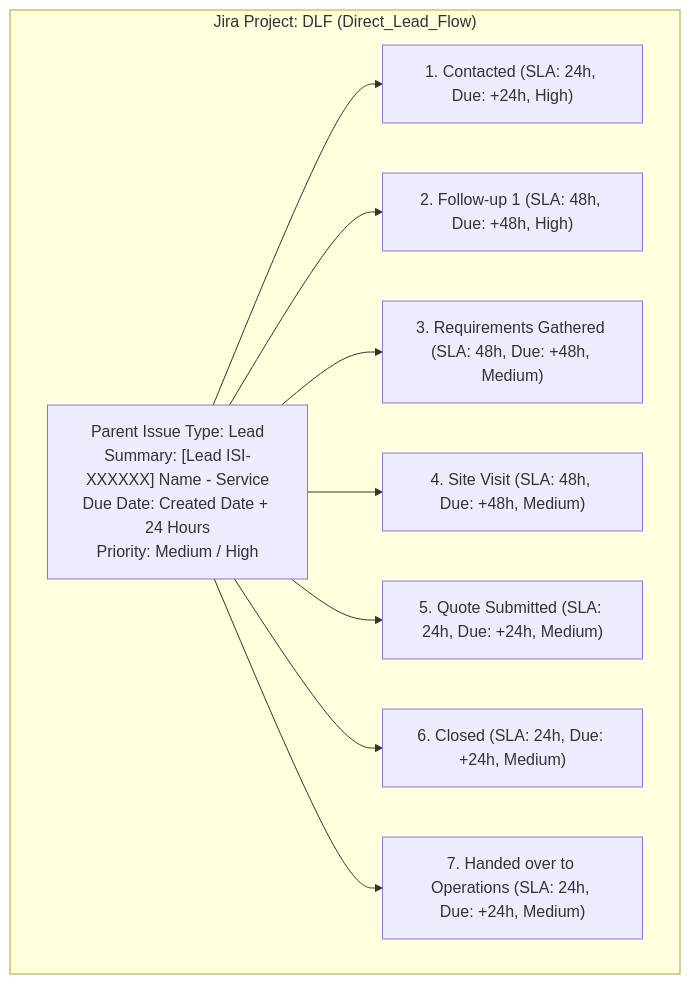
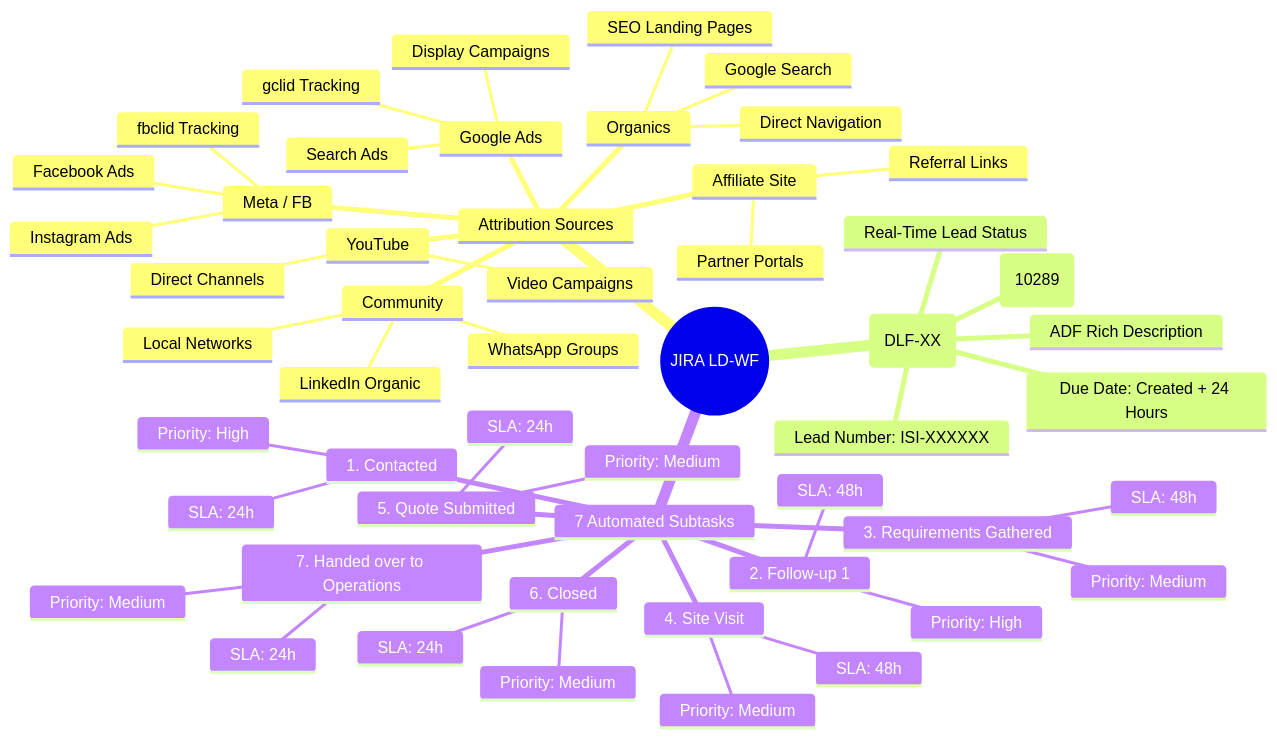
One commit to poojasriaram/ISI-V2 changed the second of 3 diagrams in ISI_LEAD_ARCHITECTURE_AND_FORM_DOCUMENTATION.md. Above: the diagram before and after it, drawn with Mermaid. The commit also changed other lines of this file, not shown here.

Commit message:
docs: add Mermaid architecture diagrams and master tables for Jira LD-WF workflow, attribution sources, and Google Sheets schema

````diff
--- a/ISI_LEAD_ARCHITECTURE_AND_FORM_DOCUMENTATION.md
+++ b/ISI_LEAD_ARCHITECTURE_AND_FORM_DOCUMENTATION.md
@@ -34,22 +95,55 @@
 ```mermaid
-graph TD
-    subgraph Jira_Project_DLF["Jira Project: DLF (Direct_Lead_Flow)"]
-        Parent["Parent Issue Type: Lead<br>Summary: [Lead ISI-XXXXXX] Name - Service<br>Due Date: Created Date + 24 Hours<br>Priority: Medium / High"]
-        
-        S1["1. Contacted (SLA: 24h, Due: +24h, High)"]
-        S2["2. Follow-up 1 (SLA: 48h, Due: +48h, High)"]
-        S3["3. Requirements Gathered (SLA: 48h, Due: +48h, Medium)"]
-        S4["4. Site Visit (SLA: 48h, Due: +48h, Medium)"]
-        S5["5. Quote Submitted (SLA: 24h, Due: +24h, Medium)"]
-        S6["6. Closed (SLA: 24h, Due: +24h, Medium)"]
-        S7["7. Handed over to Operations (SLA: 24h, Due: +24h, Medium)"]
-        
-        Parent --> S1
-        Parent --> S2
-        Parent --> S3
-        Parent --> S4
-        Parent --> S5
-        Parent --> S6
-        Parent --> S7
-    end
+mindmap
+  root((JIRA LD-WF))
+    Attribution Sources
+      Google Ads
+        Search Ads
+        Display Campaigns
+        gclid Tracking
+      YouTube
+        Video Campaigns
+        Direct Channels
+      Affiliate Site
+        Partner Portals
+        Referral Links
+      Meta / FB
+        Facebook Ads
+        Instagram Ads
+        fbclid Tracking
+      Organics
+        Google Search
+        Direct Navigation
+        SEO Landing Pages
+      Community
+        WhatsApp Groups
+        LinkedIn Organic
+        Local Networks
+    Parent Lead Issue (DLF-XX)
+      Issue Type: Lead (10289)
+      Lead Number: ISI-XXXXXX
+      Due Date: Created + 24 Hours
+      ADF Rich Description
+      Real-Time Lead Status
+    7 Automated Subtasks
+      1. Contacted
+        SLA: 24h
+        Priority: High
+      2. Follow-up 1
+        SLA: 48h
+        Priority: High
+      3. Requirements Gathered
+        SLA: 48h
+        Priority: Medium
+      4. Site Visit
+        SLA: 48h
+        Priority: Medium
+      5. Quote Submitted
+        SLA: 24h
+        Priority: Medium
+      6. Closed
+        SLA: 24h
+        Priority: Medium
+      7. Handed over to Operations
+        SLA: 24h
+        Priority: Medium
 ```
````
